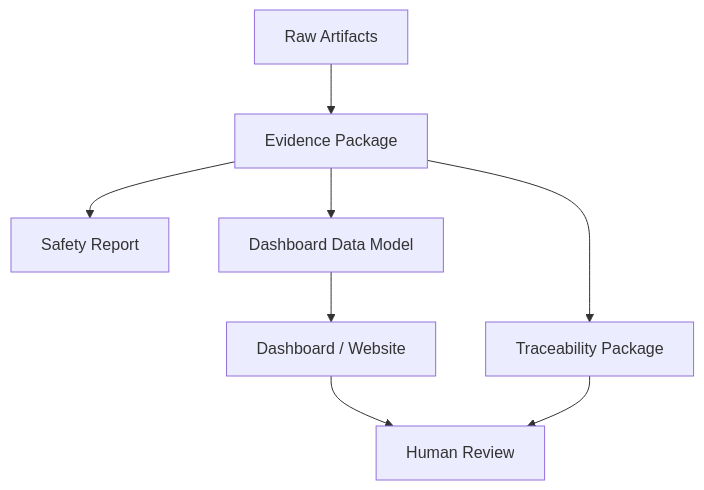
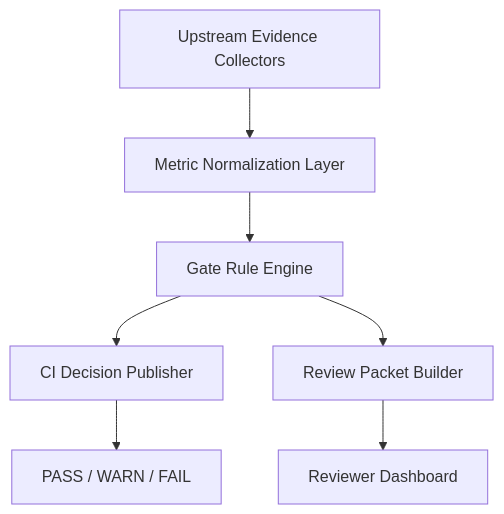
Before and after one commit to qiqixixi1001/automotive-safeic-practice: the second of 5 diagrams in articles/18_automotive_safeic_practice_d18_github_en_dashboard_and_website_demo.md, drawn with Mermaid. The commit also changed other lines of this file, not shown here.

````diff
--- a/articles/18_automotive_safeic_practice_d18_github_en_dashboard_and_website_demo.md
+++ b/articles/18_automotive_safeic_practice_d18_github_en_dashboard_and_website_demo.md
@@ -129,10 +321,9 @@
 ```mermaid
 flowchart TD
-    A[Raw Artifacts] --> B[Evidence Package]
-    B --> C[Safety Report]
-    B --> D[Dashboard Data Model]
-    D --> E[Dashboard / Website]
-    B --> F[Traceability Package]
-    E --> G[Human Review]
-    F --> G
+    A[Upstream Evidence Collectors] --> B[Metric Normalization Layer]
+    B --> C[Gate Rule Engine]
+    C --> D[CI Decision Publisher]
+    C --> E[Review Packet Builder]
+    D --> F[PASS / WARN / FAIL]
+    E --> G[Reviewer Dashboard]
 ```
````
